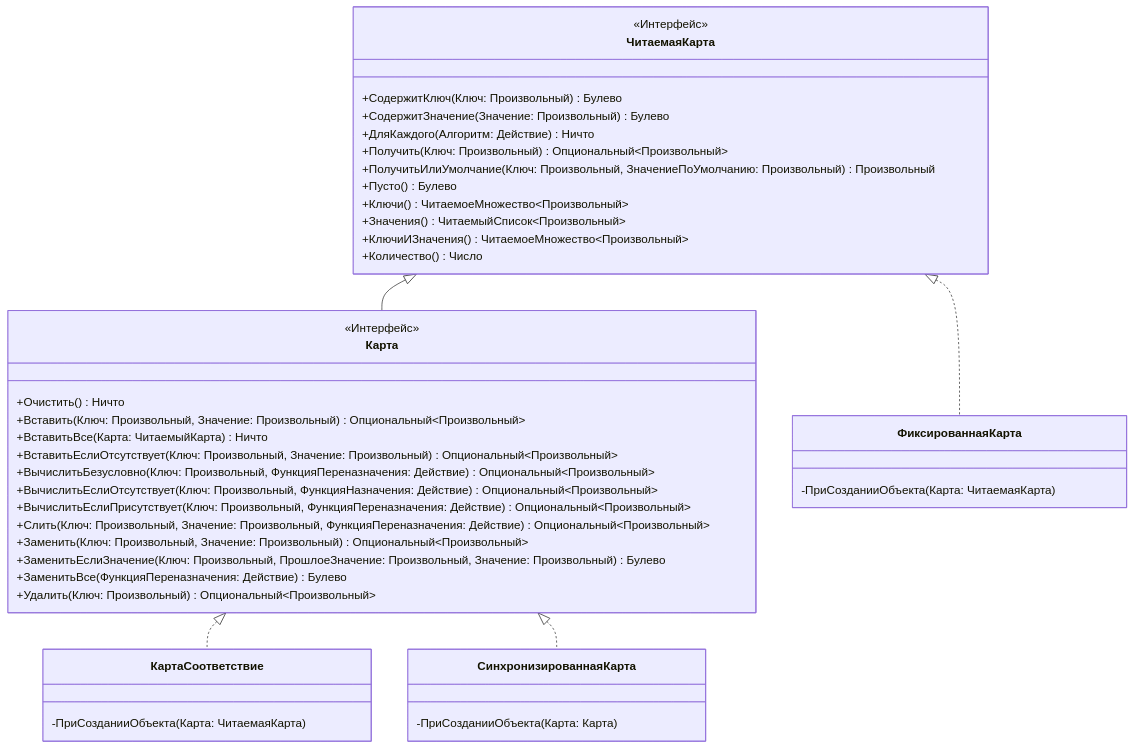
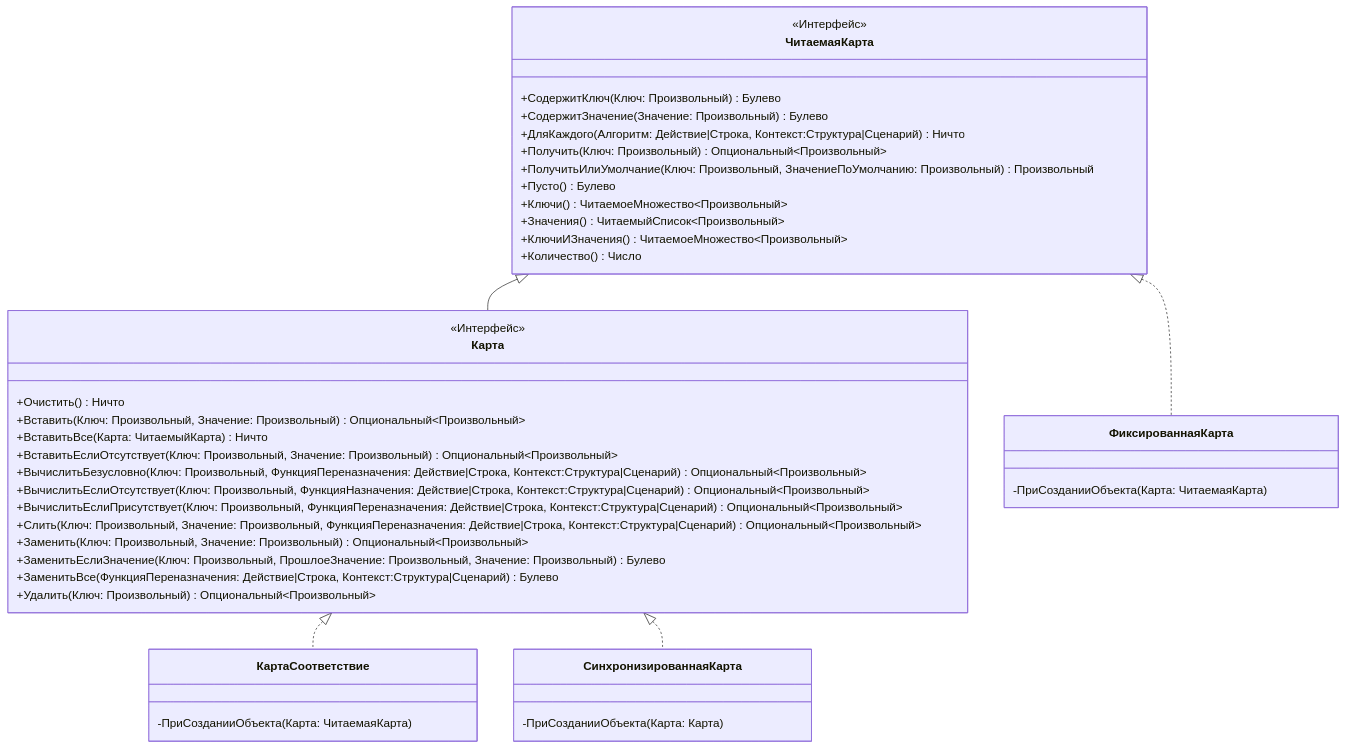
Before and after one commit to sfaqer/collectionos: the fifth of 6 diagrams in README.md, drawn with Mermaid. The commit also changed other lines of this file and 2 other files, not shown here.

Commit message:
Исправлены забытые указания контекста лямбд в документации

````diff
--- a/README.md
+++ b/README.md
@@ -210,52 +210,52 @@
 ```mermaid
 classDiagram
 
 ЧитаемаяКарта <|-- Карта
 
 ЧитаемаяКарта <|.. ФиксированнаяКарта
 Карта <|.. КартаСоответствие
 
 Карта <|.. СинхронизированнаяКарта
 
 class ЧитаемаяКарта {
     <<Интерфейс>>
     +СодержитКлюч(Ключ: Произвольный) Булево
     +СодержитЗначение(Значение: Произвольный) Булево
-    +ДляКаждого(Алгоритм: Действие) Ничто
+    +ДляКаждого(Алгоритм: Действие|Строка, Контекст:Структура|Сценарий) Ничто
     +Получить(Ключ: Произвольный) Опциональный~Произвольный~
     +ПолучитьИлиУмолчание(Ключ: Произвольный, ЗначениеПоУмолчанию: Произвольный) Произвольный
     +Пусто() Булево
     +Ключи() ЧитаемоеМножество~Произвольный~
     +Значения() ЧитаемыйСписок~Произвольный~
     +КлючиИЗначения() ЧитаемоеМножество~Произвольный~
     +Количество() Число
 }
 
 class Карта {
     <<Интерфейс>>
     +Очистить() Ничто
     +Вставить(Ключ: Произвольный, Значение: Произвольный) Опциональный~Произвольный~
     +ВставитьВсе(Карта: ЧитаемыйКарта) Ничто
     +ВставитьЕслиОтсутствует(Ключ: Произвольный, Значение: Произвольный) Опциональный~Произвольный~
-    +ВычислитьБезусловно(Ключ: Произвольный, ФункцияПереназначения: Действие) Опциональный~Произвольный~
-    +ВычислитьЕслиОтсутствует(Ключ: Произвольный, ФункцияНазначения: Действие) Опциональный~Произвольный~
-    +ВычислитьЕслиПрисутствует(Ключ: Произвольный, ФункцияПереназначения: Действие) Опциональный~Произвольный~
-    +Слить(Ключ: Произвольный, Значение: Произвольный, ФункцияПереназначения: Действие) Опциональный~Произвольный~
+    +ВычислитьБезусловно(Ключ: Произвольный, ФункцияПереназначения: Действие|Строка, Контекст:Структура|Сценарий) Опциональный~Произвольный~
+    +ВычислитьЕслиОтсутствует(Ключ: Произвольный, ФункцияНазначения: Действие|Строка, Контекст:Структура|Сценарий) Опциональный~Произвольный~
+    +ВычислитьЕслиПрисутствует(Ключ: Произвольный, ФункцияПереназначения: Действие|Строка, Контекст:Структура|Сценарий) Опциональный~Произвольный~
+    +Слить(Ключ: Произвольный, Значение: Произвольный, ФункцияПереназначения: Действие|Строка, Контекст:Структура|Сценарий) Опциональный~Произвольный~
     +Заменить(Ключ: Произвольный, Значение: Произвольный) Опциональный~Произвольный~
     +ЗаменитьЕслиЗначение(Ключ: Произвольный, ПрошлоеЗначение: Произвольный, Значение: Произвольный) Булево
-    +ЗаменитьВсе(ФункцияПереназначения: Действие) Булево
+    +ЗаменитьВсе(ФункцияПереназначения: Действие|Строка, Контекст:Структура|Сценарий) Булево
     +Удалить(Ключ: Произвольный) Опциональный~Произвольный~
 }
 
 class ФиксированнаяКарта {
     -ПриСозданииОбъекта(Карта: ЧитаемаяКарта)
 }
 
 class КартаСоответствие {
     -ПриСозданииОбъекта(Карта: ЧитаемаяКарта)
 }
 
 class СинхронизированнаяКарта {
     -ПриСозданииОбъекта(Карта: Карта)
 }
 ```
````
